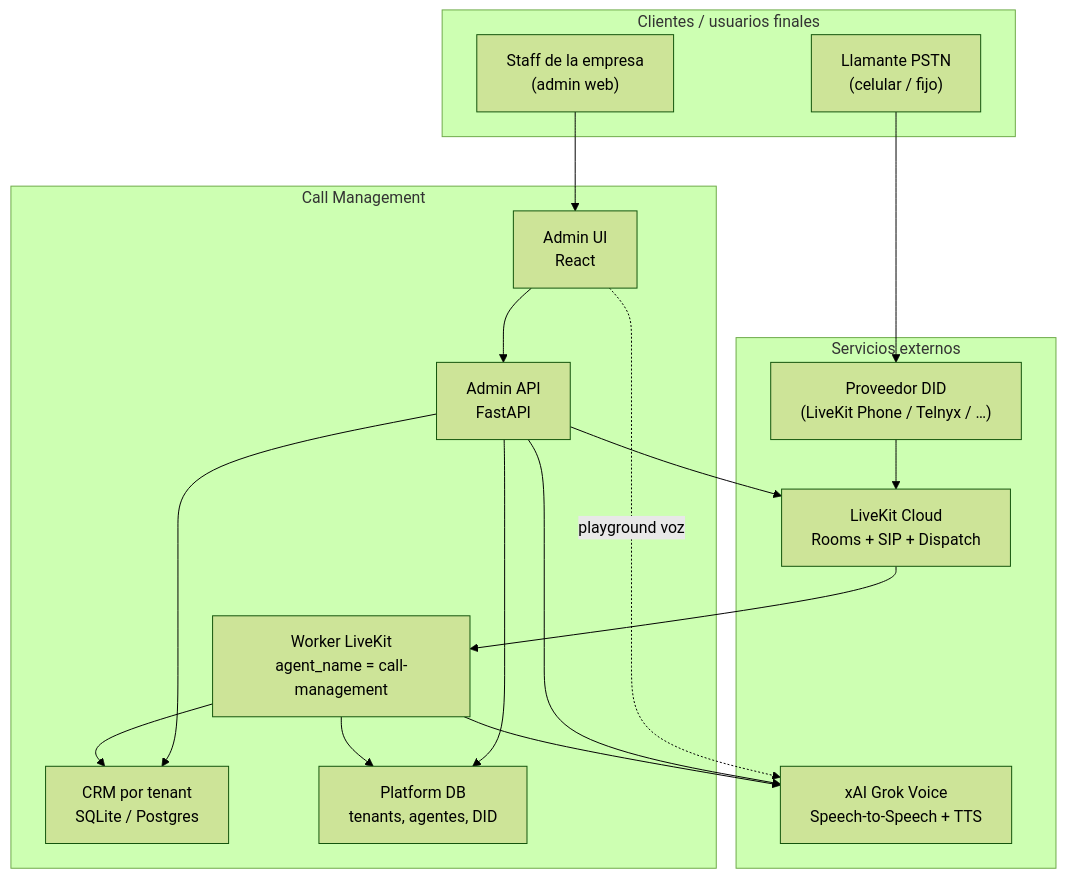
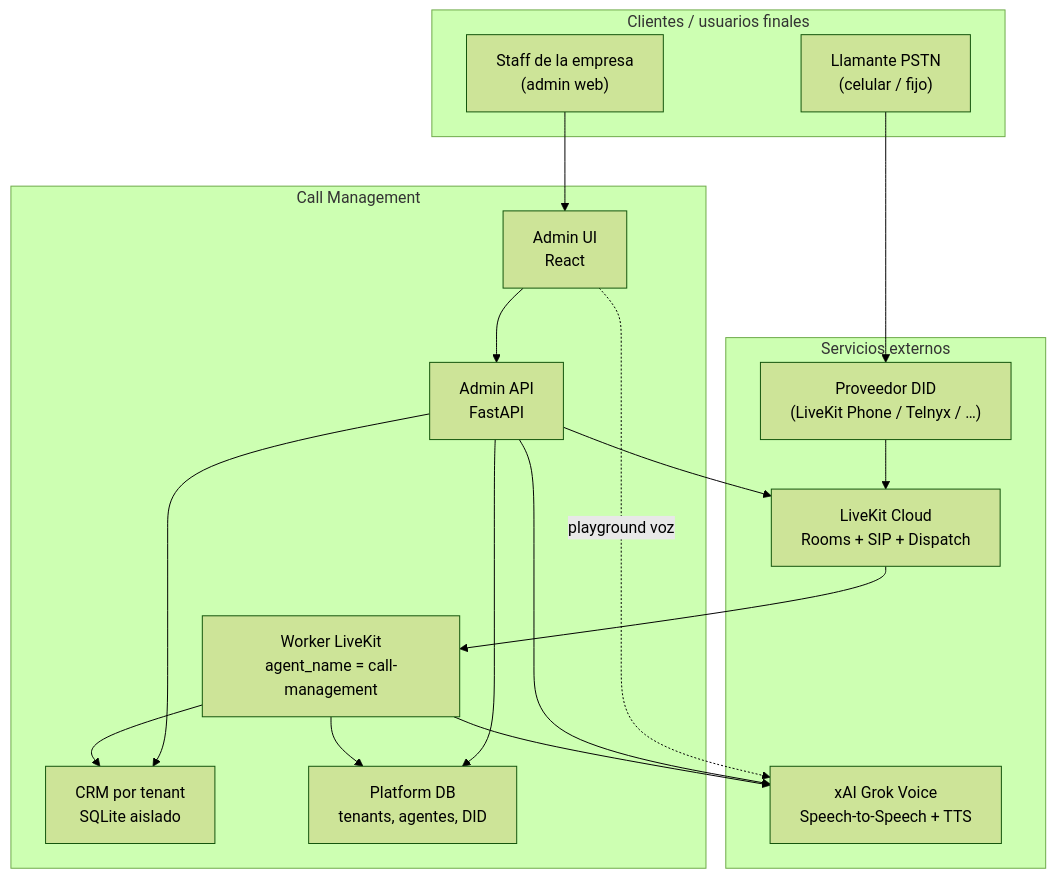
The first of 20 diagrams in docs/FLUJOS_OPERATIVOS.md (Zombie10/CallManagement), drawn with Mermaid (forest theme) before and after one commit. The commit also changed other lines of this file and 7 other files, not shown here.

````diff
--- a/docs/FLUJOS_OPERATIVOS.md
+++ b/docs/FLUJOS_OPERATIVOS.md
@@ -37,34 +37,34 @@
 ```mermaid
 flowchart TB
   subgraph Clientes["Clientes / usuarios finales"]
     CALLER["Llamante PSTN<br/>(celular / fijo)"]
     STAFF["Staff de la empresa<br/>(admin web)"]
   end
 
   subgraph Plataforma["Call Management"]
     UI["Admin UI<br/>React"]
     API["Admin API<br/>FastAPI"]
     WORKER["Worker LiveKit<br/>agent_name = call-management"]
-    CRM["CRM por tenant<br/>SQLite / Postgres"]
+    CRM["CRM por tenant<br/>SQLite aislado"]
     PLATFORM["Platform DB<br/>tenants, agentes, DID"]
   end
 
   subgraph Externos["Servicios externos"]
     LK["LiveKit Cloud<br/>Rooms + SIP + Dispatch"]
     XAI["xAI Grok Voice<br/>Speech-to-Speech + TTS"]
     SIP["Proveedor DID<br/>(LiveKit Phone / Telnyx / …)"]
   end
 
   CALLER --> SIP --> LK
   LK --> WORKER
   WORKER --> XAI
   WORKER --> CRM
   WORKER --> PLATFORM
 
   STAFF --> UI --> API
   API --> CRM
   API --> PLATFORM
   API --> XAI
   API --> LK
   UI -.->|playground voz| XAI
 ```
````
